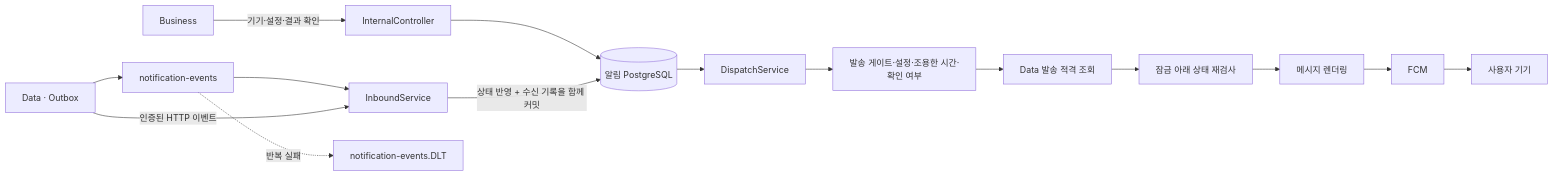
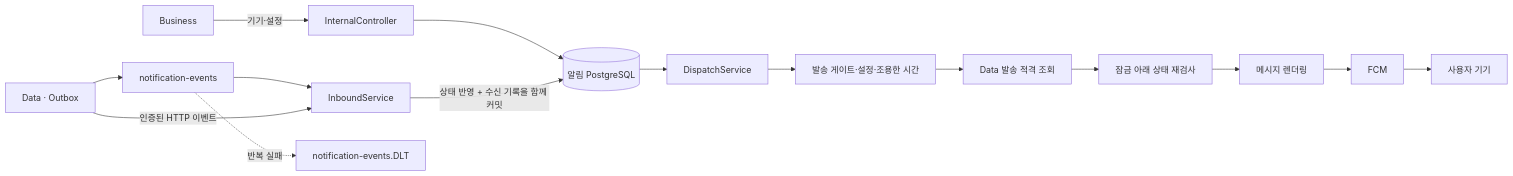
The diagram in server/notification/README.md (OneOrThree/phone), drawn with Mermaid before and after one commit. The commit also changed other lines of this file and 1078 other files, not shown here.

````diff
--- a/server/notification/README.md
+++ b/server/notification/README.md
@@ -23,17 +23,17 @@
 ```mermaid
 flowchart LR
   data["Data · Outbox"] --> kafka["notification-events"]
   kafka --> inbound["InboundService"]
   data -->|"인증된 HTTP 이벤트"| inbound
-  business["Business"] -->|"기기·설정·결과 확인"| api["InternalController"]
+  business["Business"] -->|"기기·설정"| api["InternalController"]
   api --> db[("알림 PostgreSQL")]
   inbound -->|"상태 반영 + 수신 기록을 함께 커밋"| db
   db --> dispatch["DispatchService"]
-  dispatch --> policy["발송 게이트·설정·조용한 시간·확인 여부"]
+  dispatch --> policy["발송 게이트·설정·조용한 시간"]
   policy --> eligibility["Data 발송 적격 조회"]
   eligibility --> recheck["잠금 아래 상태 재검사"]
   recheck --> render["메시지 렌더링"]
   render --> fcm["FCM"]
   fcm --> device["사용자 기기"]
   kafka -.->|"반복 실패"| dlt["notification-events.DLT"]
 ```
````
